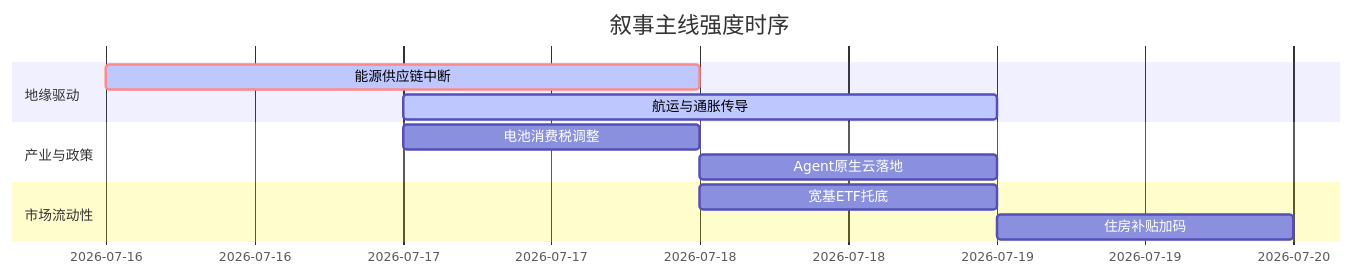
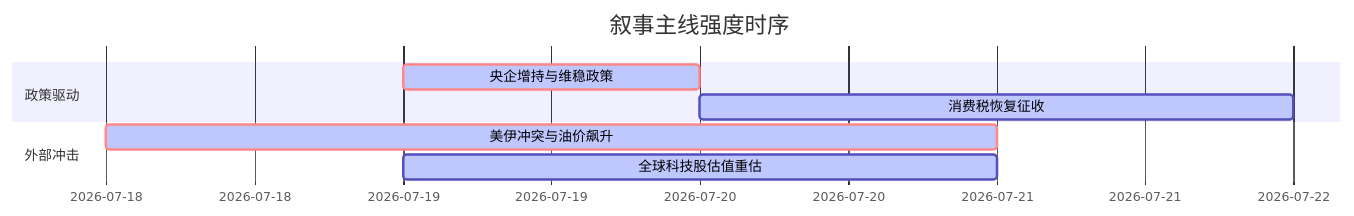
Before and after one commit to uu5zn/uu5zn.github.io: the diagram in 5day_report.md, drawn with Mermaid. The commit also changed other lines of this file and 25 other files, not shown here.

````diff
--- a/5day_report.md
+++ b/5day_report.md
@@ -56,16 +55,12 @@
 ```mermaid
 gantt
     title 叙事主线强度时序
-    dateFormat  YYYY-MM-DD
-    section 地缘驱动
-    能源供应链中断   :crit, active, 2026-07-16, 2d
-    航运与通胀传导   :active, 2026-07-17, 2d
+    dateFormat YYYY-MM-DD
+    section 政策驱动
+    央企增持与维稳政策   :crit, active, 2026-07-19, 1d
+    消费税恢复征收       :active, 2026-07-20, 2d
     
-    section 产业与政策
-    电池消费税调整   :2026-07-17, 1d
-    Agent原生云落地  :2026-07-18, 1d
-    
-    section 市场流动性
-    宽基ETF托底      :2026-07-18, 1d
-    住房补贴加码     :2026-07-19, 1d
+    section 外部冲击
+    美伊冲突与油价飙升   :crit, active, 2026-07-18, 3d
+    全球科技股估值重估   :active, 2026-07-19, 2d
 ```
````
